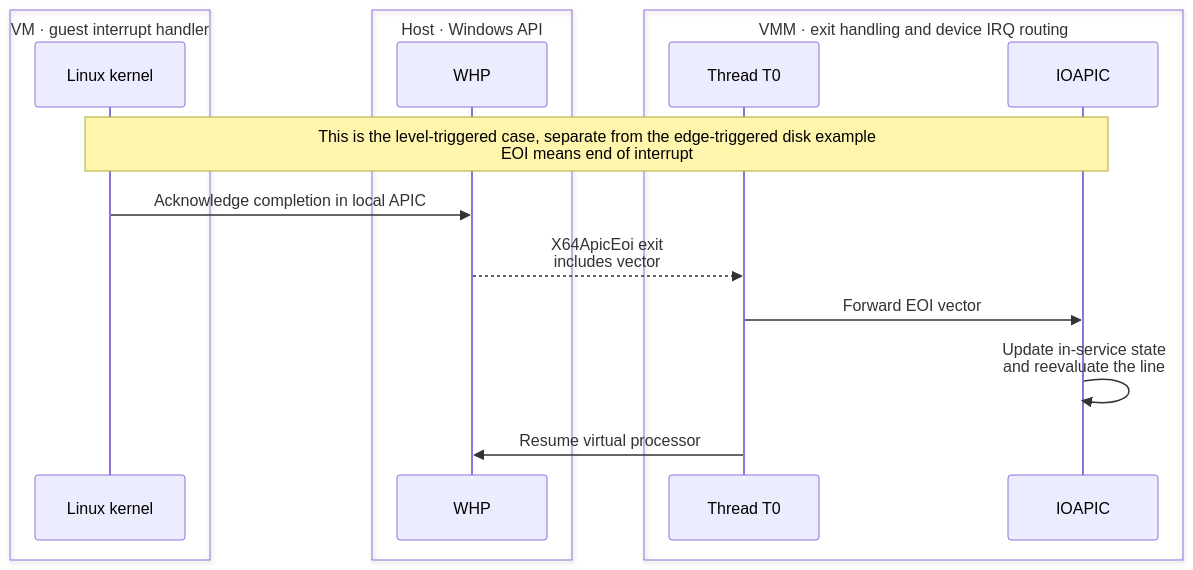
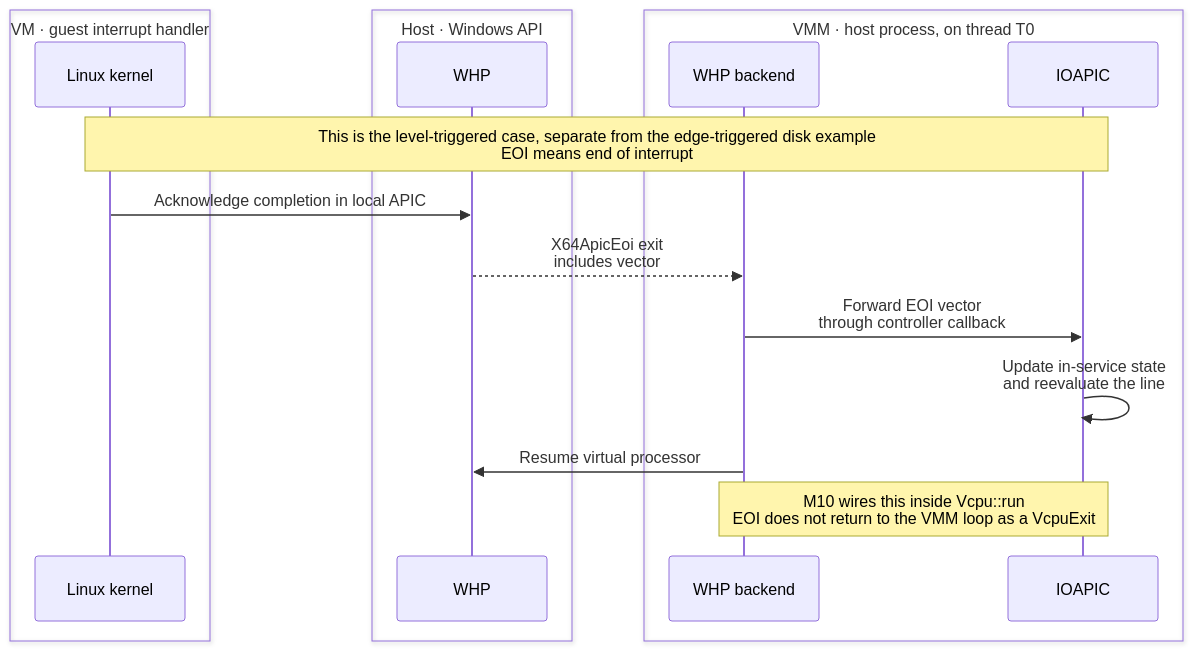
The tenth of 12 diagrams in docs/architecture/vmm/whp.md (boxlite-ai/boxlite), drawn with Mermaid before and after one commit. The commit also changed 8 other files, not shown here.

````diff
--- a/docs/architecture/vmm/whp.md
+++ b/docs/architecture/vmm/whp.md
@@ -285,24 +285,25 @@
 ```mermaid
 sequenceDiagram
   box VM · guest interrupt handler
     participant kernel as Linux kernel
   end
   box Host · Windows API
     participant host_api as WHP
   end
-  box VMM · exit handling and device IRQ routing
-    participant thread0 as Thread T0
+  box VMM · host process, on thread T0
+    participant backend as WHP backend
     participant ioapic as IOAPIC
   end
   Note over kernel,ioapic: This is the level-triggered case, separate from the edge-triggered disk example<br/>EOI means end of interrupt
   %% edge:whp_11_e1
   kernel->>host_api: Acknowledge completion in local APIC
   %% edge:whp_11_e2
-  host_api-->>thread0: X64ApicEoi exit<br/>includes vector
+  host_api-->>backend: X64ApicEoi exit<br/>includes vector
   %% edge:whp_11_e3
-  thread0->>ioapic: Forward EOI vector
+  backend->>ioapic: Forward EOI vector<br/>through controller callback
   %% edge:whp_11_e4
   ioapic->>ioapic: Update in-service state<br/>and reevaluate the line
   %% edge:whp_11_e5
-  thread0->>host_api: Resume virtual processor
+  backend->>host_api: Resume virtual processor
+  Note over backend,ioapic: M10 wires this inside Vcpu::run<br/>EOI does not return to the VMM loop as a VcpuExit
 ```
````
